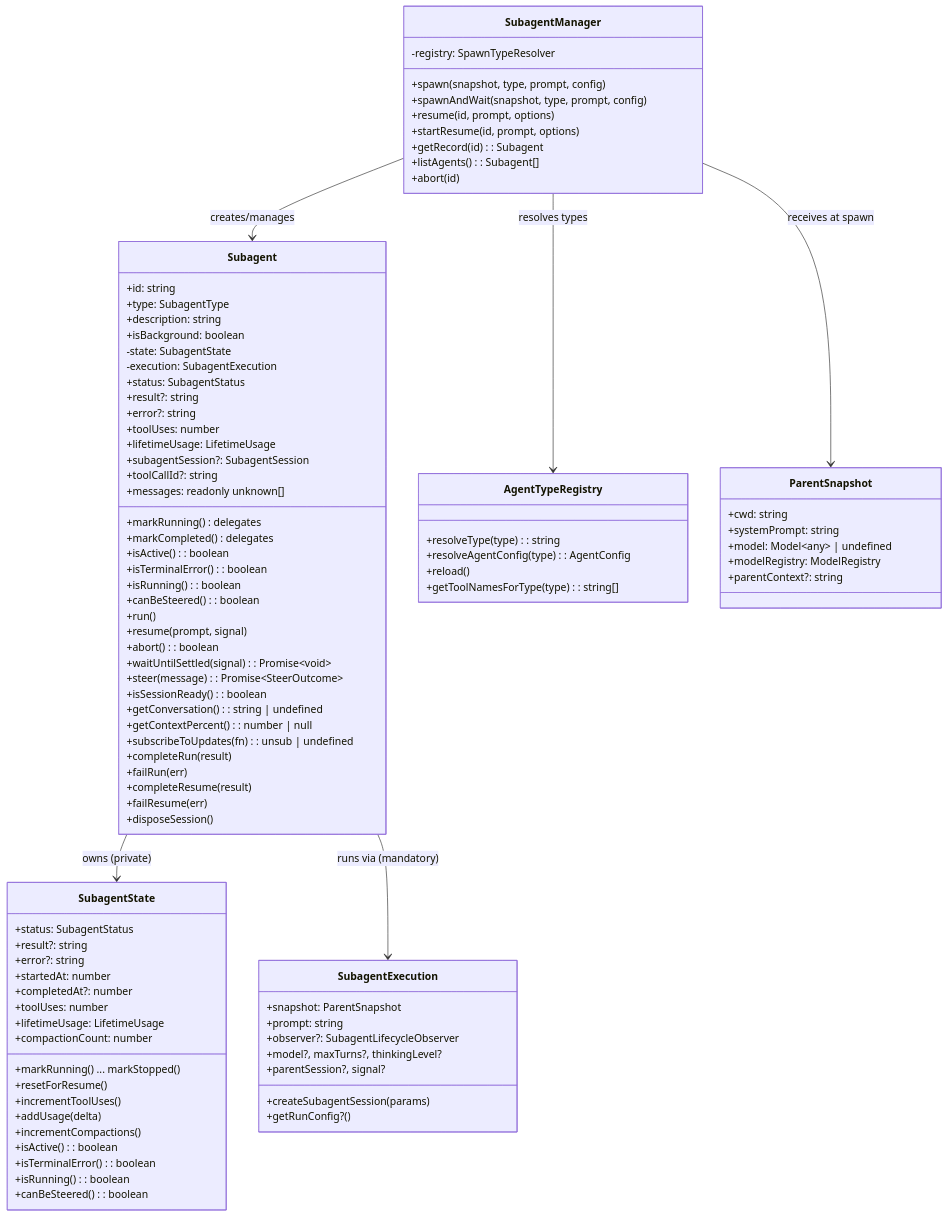
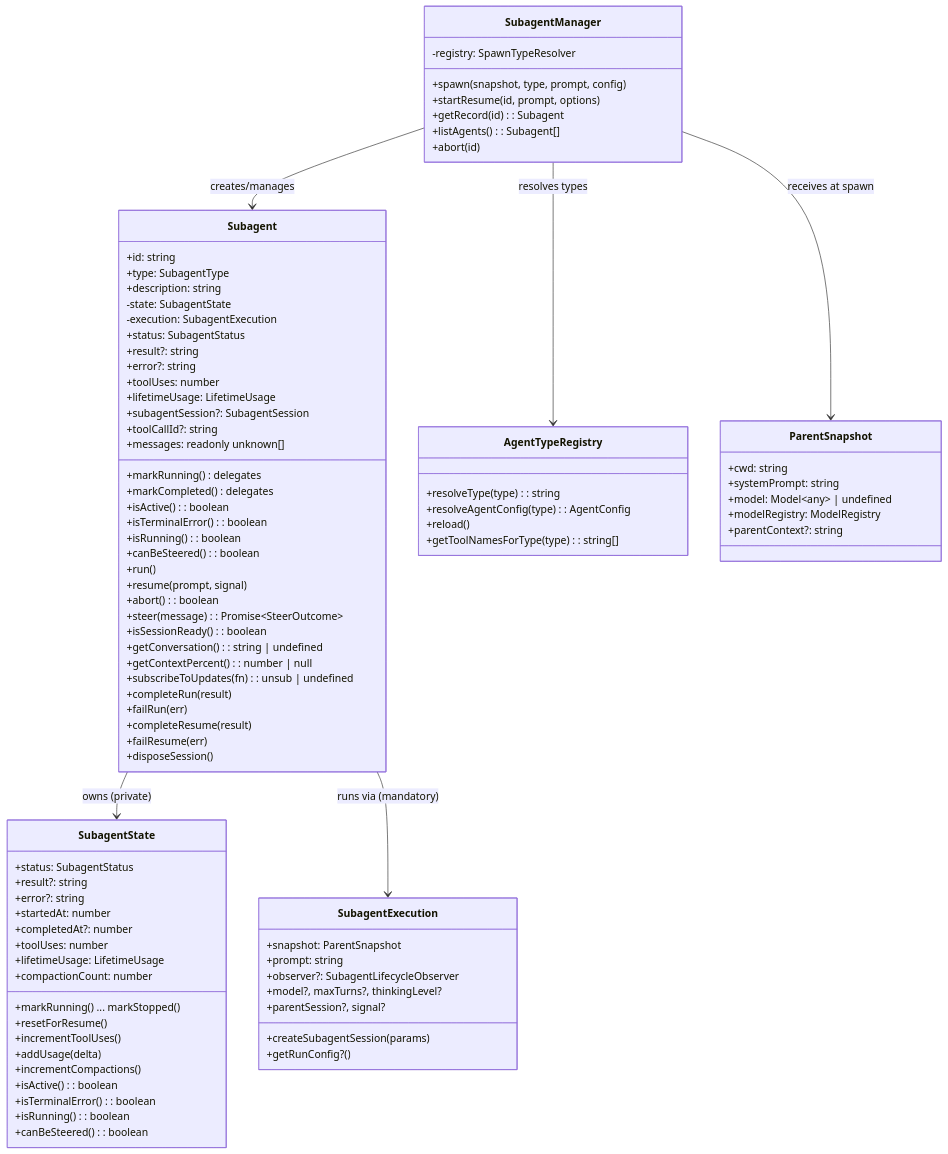
The second of 4 diagrams in extensions/pi-subagent/docs/architecture/architecture.md (zacheryph/pi), drawn with Mermaid before and after one commit. The commit also changed other lines of this file and 73 other files, not shown here.

```diff
--- a/extensions/pi-subagent/docs/architecture/architecture.md
+++ b/extensions/pi-subagent/docs/architecture/architecture.md
@@ -142,7 +141,6 @@
         +id: string
         +type: SubagentType
         +description: string
-        +isBackground: boolean
         -state: SubagentState
         -execution: SubagentExecution
         +status: SubagentStatus
@@ -161,7 +159,6 @@
         +run()
         +resume(prompt, signal)
         +abort(): boolean
-        +waitUntilSettled(signal): Promise~void~
         +steer(message): Promise~SteerOutcome~
         +isSessionReady(): boolean
         +getConversation(): string | undefined
@@ -208,8 +205,6 @@
     class SubagentManager {
         -registry: SpawnTypeResolver
         +spawn(snapshot, type, prompt, config)
-        +spawnAndWait(snapshot, type, prompt, config)
-        +resume(id, prompt, options)
         +startResume(id, prompt, options)
         +getRecord(id): Subagent
         +listAgents(): Subagent[]
```
